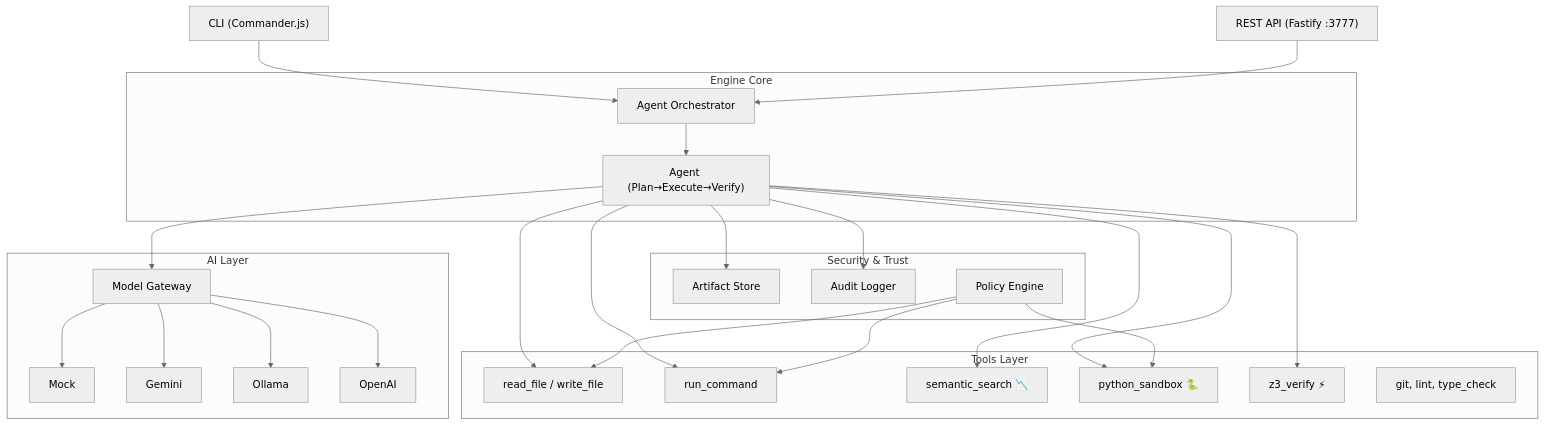
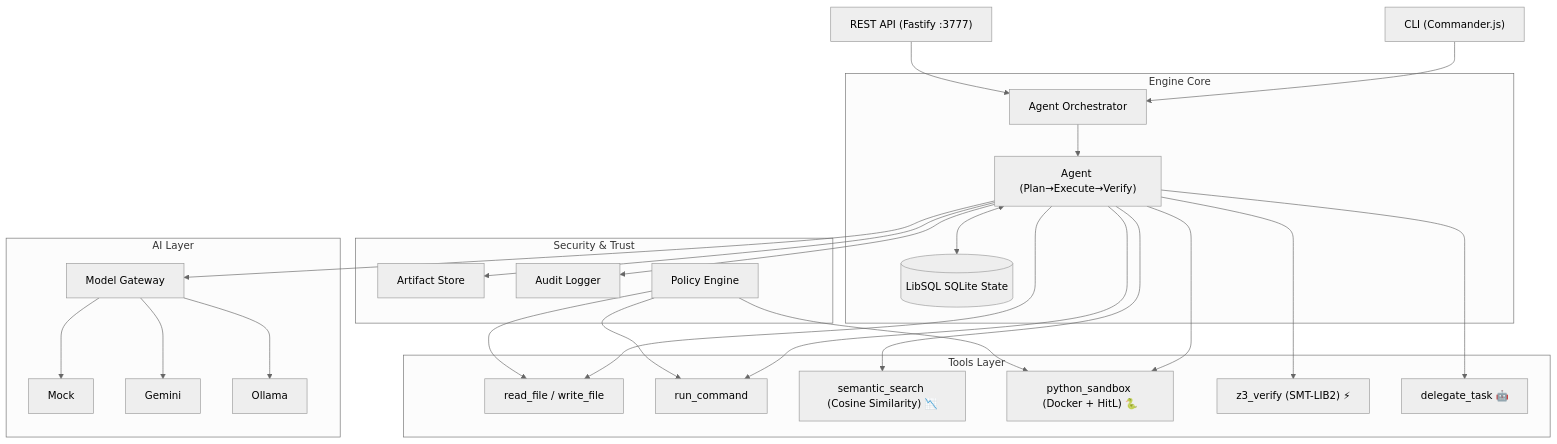
One commit to mkrishna793/open-antigravity changed the diagram in newcore/README.md. Above: the diagram before and after it, drawn with Mermaid (neutral theme). The commit also changed other lines of this file and 12 other files, not shown here.

Commit message:
feat: upgrade to V2 architecture (Z3 SMT, Vector RAG, LibSQL, Docker Sandbox, True HitL, Multi-agent)

````diff
--- a/newcore/README.md
+++ b/newcore/README.md
@@ -37,39 +36,40 @@
 ```mermaid
 graph TB
     CLI["CLI (Commander.js)"] --> ORCH
     API["REST API (Fastify :3777)"] --> ORCH
     
     subgraph Engine Core
         ORCH["Agent Orchestrator"]
         AGENT["Agent (Plan→Execute→Verify)"]
+        STATE[(LibSQL SQLite State)]
         ORCH --> AGENT
+        AGENT <--> STATE
     end
     
     subgraph AI Layer
         GW["Model Gateway"]
         GW --> MOCK["Mock"]
         GW --> GEMINI["Gemini"]
         GW --> OLLAMA["Ollama"]
-        GW --> OPENAI["OpenAI"]
     end
     
     subgraph "Tools Layer"
         FS["read_file / write_file"]
         TERM["run_command"]
-        RAG["semantic_search 📉"]
-        SANDBOX["python_sandbox 🐍"]
-        Z3["z3_verify ⚡"]
-        OTHER["git, lint, type_check"]
+        RAG["semantic_search (Cosine Similarity) 📉"]
+        SANDBOX["python_sandbox (Docker + HitL) 🐍"]
+        Z3["z3_verify (SMT-LIB2) ⚡"]
+        DELEGATE["delegate_task 🤖"]
     end
     
     subgraph Security & Trust
         ART["Artifact Store"]
         AUDIT["Audit Logger"]
         POLICY["Policy Engine"]
     end
     
     AGENT --> GW
-    AGENT --> FS & TERM & RAG & SANDBOX & Z3
+    AGENT --> FS & TERM & RAG & SANDBOX & Z3 & DELEGATE
     AGENT --> ART & AUDIT
     POLICY --> FS & TERM & SANDBOX
 ```
````
